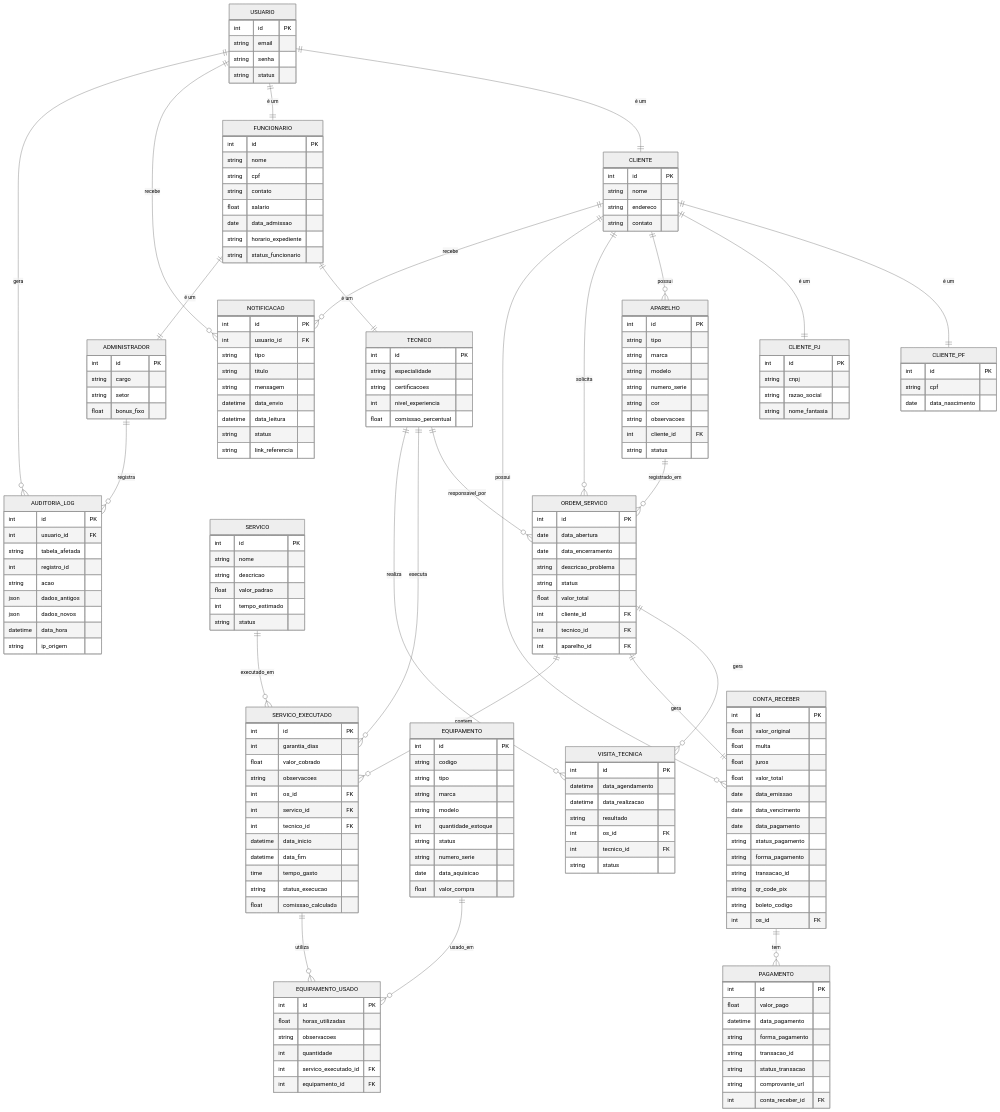
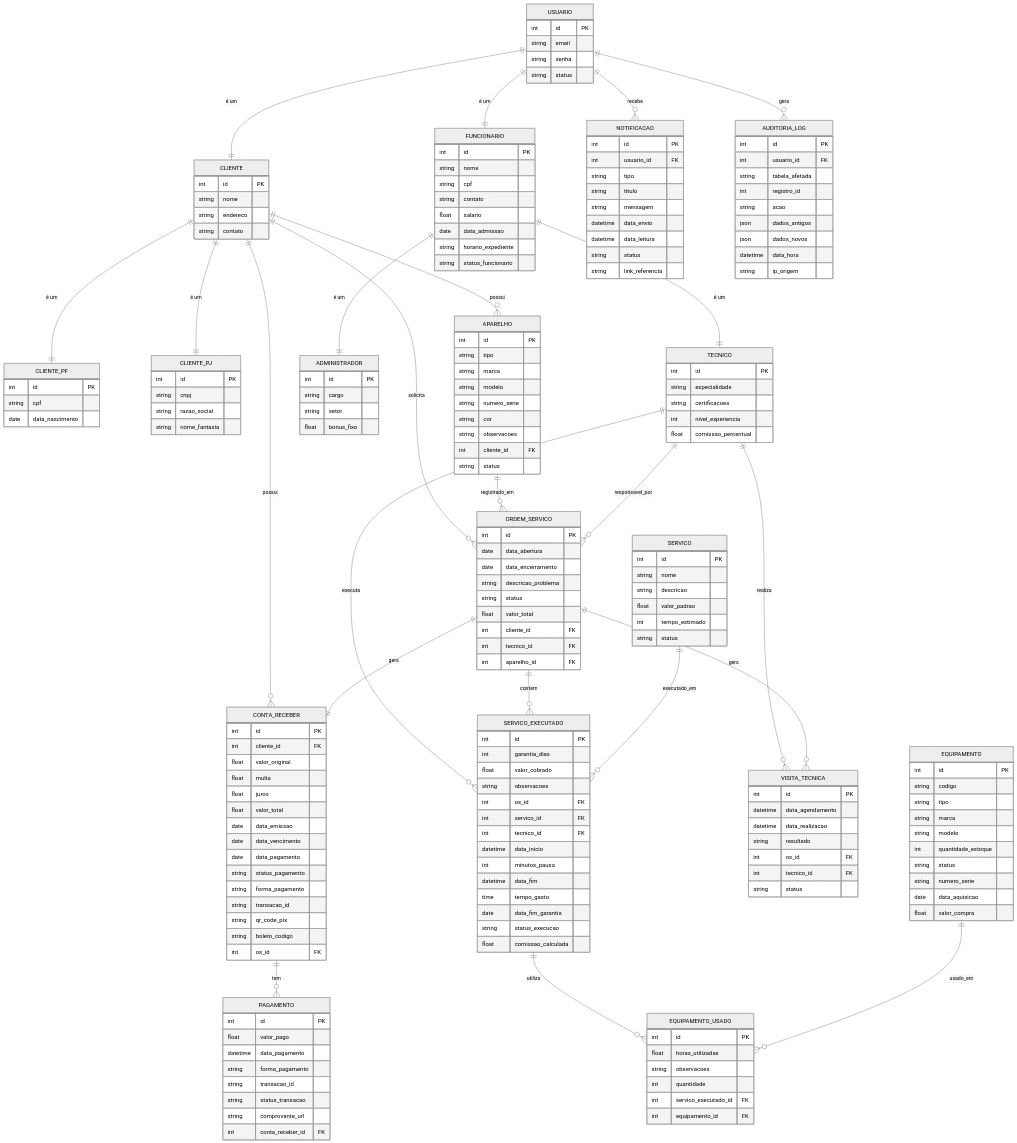
Before and after one commit to mariana097/assistencia-tecnica: the second of 2 diagrams in docs/doc-modelos.md, drawn with Mermaid (neutral theme). The commit also changed other lines of this file and 19 other files, not shown here.

Commit message:
CORRECAO DOS DIAGRAMAS

````diff
--- a/docs/doc-modelos.md
+++ b/docs/doc-modelos.md
@@ -411,8 +408,10 @@
         int servico_id FK
         int tecnico_id FK
         datetime data_inicio
+        int minutos_pausa
         datetime data_fim
         time tempo_gasto
+        date data_fim_garantia
         string status_execucao
         float comissao_calculada
     }
@@ -452,6 +451,7 @@
     %% Entidades Financeiras
     CONTA_RECEBER {
         int id PK
+        int cliente_id FK
         float valor_original
         float multa
         float juros
@@ -509,34 +509,22 @@
     CLIENTE ||--|| CLIENTE_PF : "é um"
     CLIENTE ||--|| CLIENTE_PJ : "é um"
     FUNCIONARIO ||--|| TECNICO : "é um"
-    FUNCIONARIO ||--|| ADMINISTRADOR : "é um"
-    
+    FUNCIONARIO ||--|| ADMINISTRADOR : "é um"    
     %% Relacionamentos de Associação
     CLIENTE ||--o{ APARELHO : "possui"
     CLIENTE ||--o{ ORDEM_SERVICO : "solicita"
-    CLIENTE ||--o{ CONTA_RECEBER : "possui"
-    CLIENTE ||--o{ NOTIFICACAO : "recebe"
-    
-    APARELHO ||--o{ ORDEM_SERVICO : "registrado_em"
-    
+    CLIENTE ||--o{ CONTA_RECEBER : "possui"       
+    APARELHO ||--o{ ORDEM_SERVICO : "registrado_em"    
     TECNICO ||--o{ ORDEM_SERVICO : "responsavel_por"
     TECNICO ||--o{ SERVICO_EXECUTADO : "executa"
-    TECNICO ||--o{ VISITA_TECNICA : "realiza"
-    
-    ADMINISTRADOR ||--o{ AUDITORIA_LOG : "registra"
-    
+    TECNICO ||--o{ VISITA_TECNICA : "realiza"         
     ORDEM_SERVICO ||--o{ VISITA_TECNICA : "gera"
     ORDEM_SERVICO ||--|| CONTA_RECEBER : "gera"
-    ORDEM_SERVICO ||--o{ SERVICO_EXECUTADO : "contem"
-    
-    SERVICO ||--o{ SERVICO_EXECUTADO : "executado_em"
-    
-    SERVICO_EXECUTADO ||--o{ EQUIPAMENTO_USADO : "utiliza"
-    
-    EQUIPAMENTO ||--o{ EQUIPAMENTO_USADO : "usado_em"
-    
-    CONTA_RECEBER ||--o{ PAGAMENTO : "tem"
-    
+    ORDEM_SERVICO ||--o{ SERVICO_EXECUTADO : "contem"    
+    SERVICO ||--o{ SERVICO_EXECUTADO : "executado_em"    
+    SERVICO_EXECUTADO ||--o{ EQUIPAMENTO_USADO : "utiliza"    
+    EQUIPAMENTO ||--o{ EQUIPAMENTO_USADO : "usado_em"    
+    CONTA_RECEBER ||--o{ PAGAMENTO : "tem"    
     USUARIO ||--o{ NOTIFICACAO : "recebe"
     USUARIO ||--o{ AUDITORIA_LOG : "gera"
 ```
````
